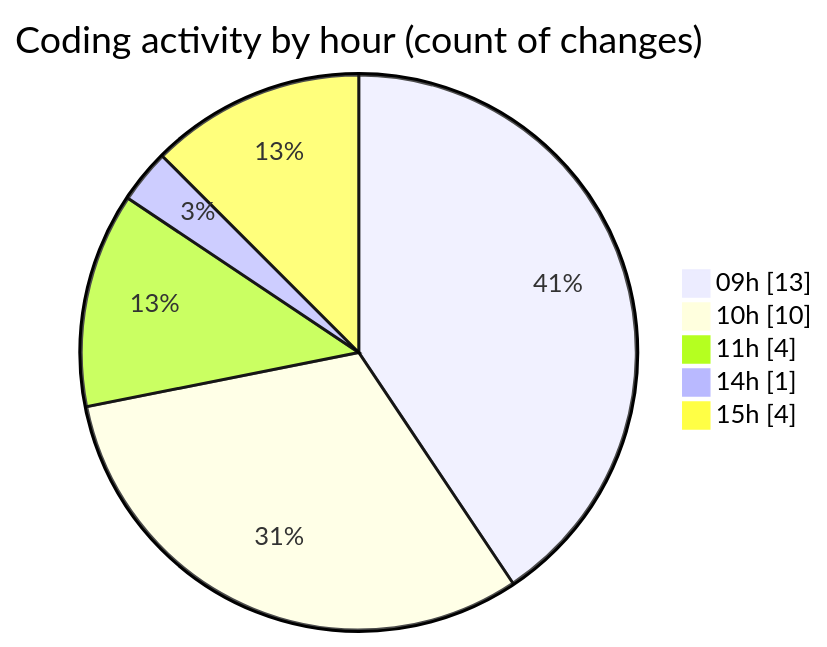
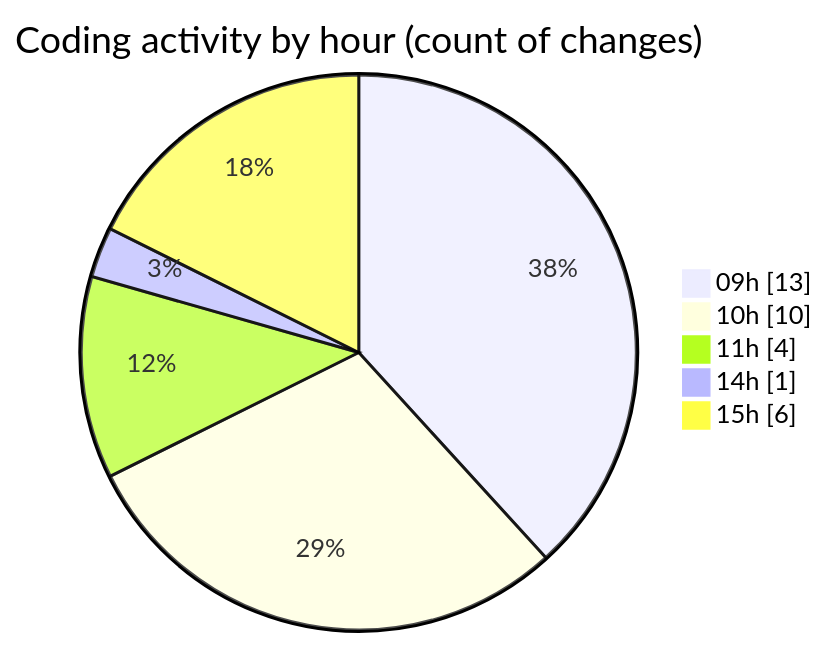
The second of 2 diagrams in 2025-11-10/cdp_aleoudev_fr__workspace_/README.md (julien-gomy/code-tracking), drawn with Mermaid before and after one commit. The commit also changed other lines of this file and 1 other file, not shown here.

````diff
--- a/2025-11-10/cdp_aleoudev_fr__workspace_/README.md
+++ b/2025-11-10/cdp_aleoudev_fr__workspace_/README.md
@@ -42,9 +43,9 @@
 ```mermaid
 pie showData
 title Coding activity by hour (count of changes)
 "09h" : 13
 "10h" : 10
 "11h" : 4
 "14h" : 1
-"15h" : 4
+"15h" : 6
 ```
````
